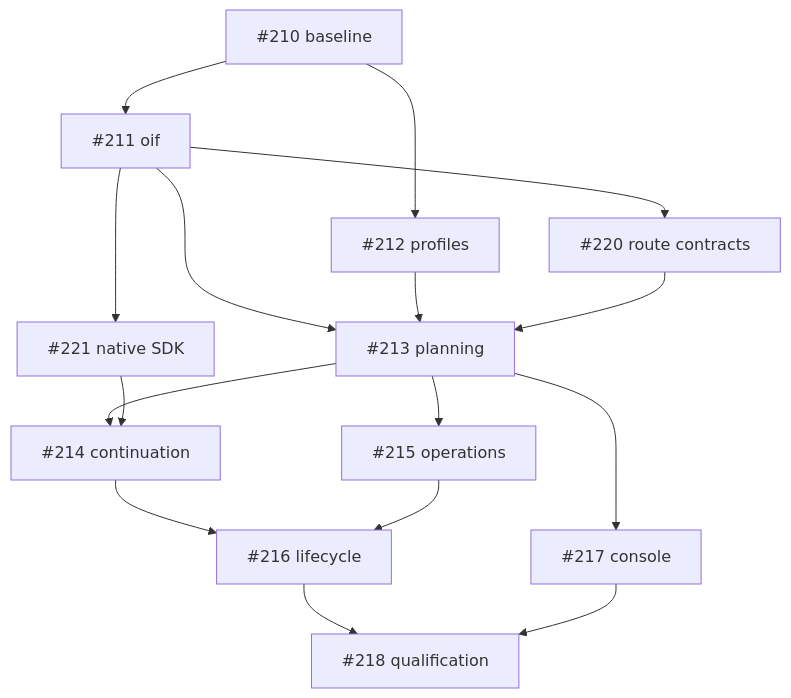
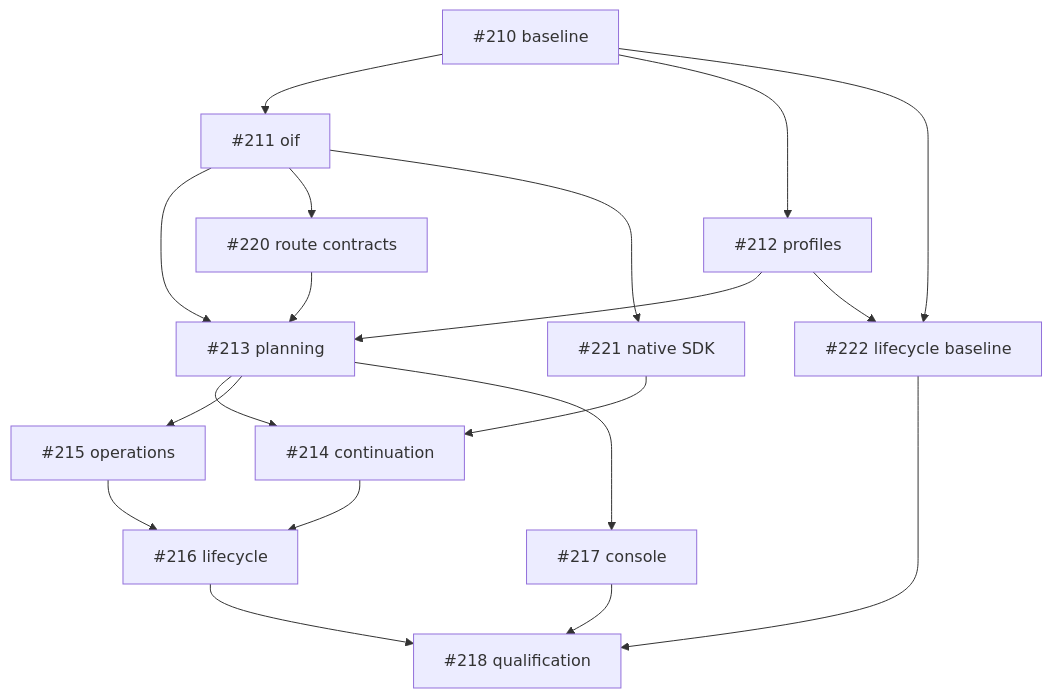
One commit to tyk-swe/olp changed the diagram in docs/implementation/oif.md. Above: the diagram before and after it, drawn with Mermaid. The commit also changed other lines of this file and 5 other files, not shown here.

Commit message:
Add native lifecycle performance qualification harness

````diff
--- a/docs/implementation/oif.md
+++ b/docs/implementation/oif.md
@@ -7,29 +7,33 @@
 ```mermaid
 graph TD
   baseline["#210 baseline"]
   oif["#211 oif"]
   baseline --> oif
   profiles["#212 profiles"]
   baseline --> profiles
   planning["#213 planning"]
   oif --> planning
   profiles --> planning
   route_contracts["#220 route contracts"]
   oif --> route_contracts
   route_contracts --> planning
   continuation["#214 continuation"]
   planning --> continuation
   native_sdk["#221 native SDK"]
   oif --> native_sdk
   native_sdk --> continuation
   operations["#215 operations"]
   planning --> operations
   lifecycle["#216 lifecycle"]
   continuation --> lifecycle
   operations --> lifecycle
   console["#217 console"]
   planning --> console
   qualification["#218 qualification"]
+  lifecycle_baseline["#222 lifecycle baseline"]
+  baseline --> lifecycle_baseline
+  profiles --> lifecycle_baseline
+  lifecycle_baseline --> qualification
   lifecycle --> qualification
   console --> qualification
 ```
````
